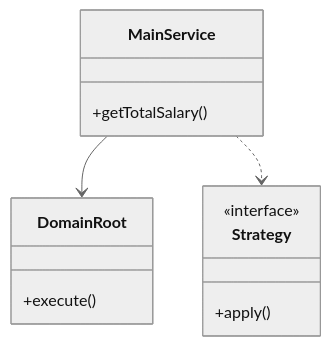
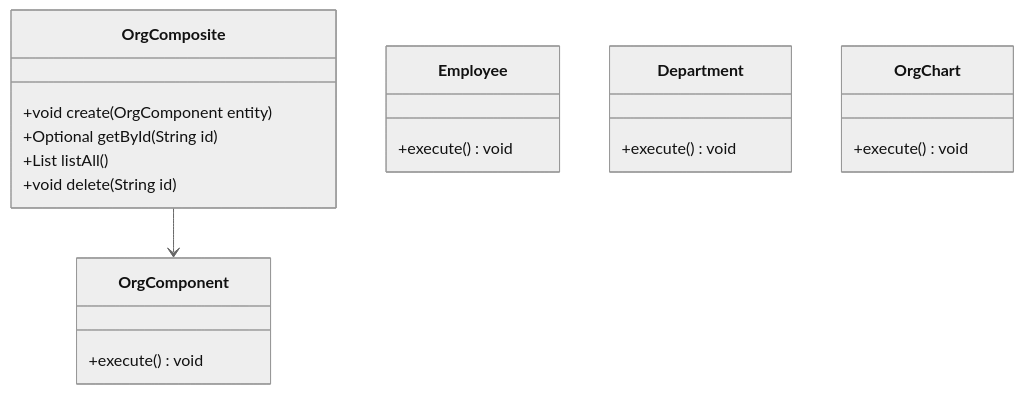
One commit to madhupaila/Interview-Prep-SSE changed the first of 3 diagrams in Learn/System Design - Low Level Design/03-design-patterns/questions/Q11-composite-org-chart.md. Above: the diagram before and after it, drawn with Mermaid (neutral theme). The commit also changed other lines of this file and 491 other files, not shown here.

````diff
--- a/Learn/System Design - Low Level Design/03-design-patterns/questions/Q11-composite-org-chart.md
+++ b/Learn/System Design - Low Level Design/03-design-patterns/questions/Q11-composite-org-chart.md
@@ -73,15 +91,22 @@
 ```mermaid
 classDiagram
-    class MainService {
-        +getTotalSalary()
+    class OrgComposite {
+        +void create(OrgComponent entity)
+        +Optional<OrgComponent> getById(String id)
+        +List<OrgComponent> listAll()
+        +void delete(String id)
     }
-    class DomainRoot {
-        +execute()
+    class OrgComponent {
+        +execute() void
     }
-    class Strategy {
-        <<interface>>
-        +apply()
+    class Employee {
+        +execute() void
     }
-    MainService --> DomainRoot
-    MainService ..> Strategy
+    class Department {
+        +execute() void
+    }
+    class OrgChart {
+        +execute() void
+    }
+    OrgComposite --> OrgComponent
 ```
````
